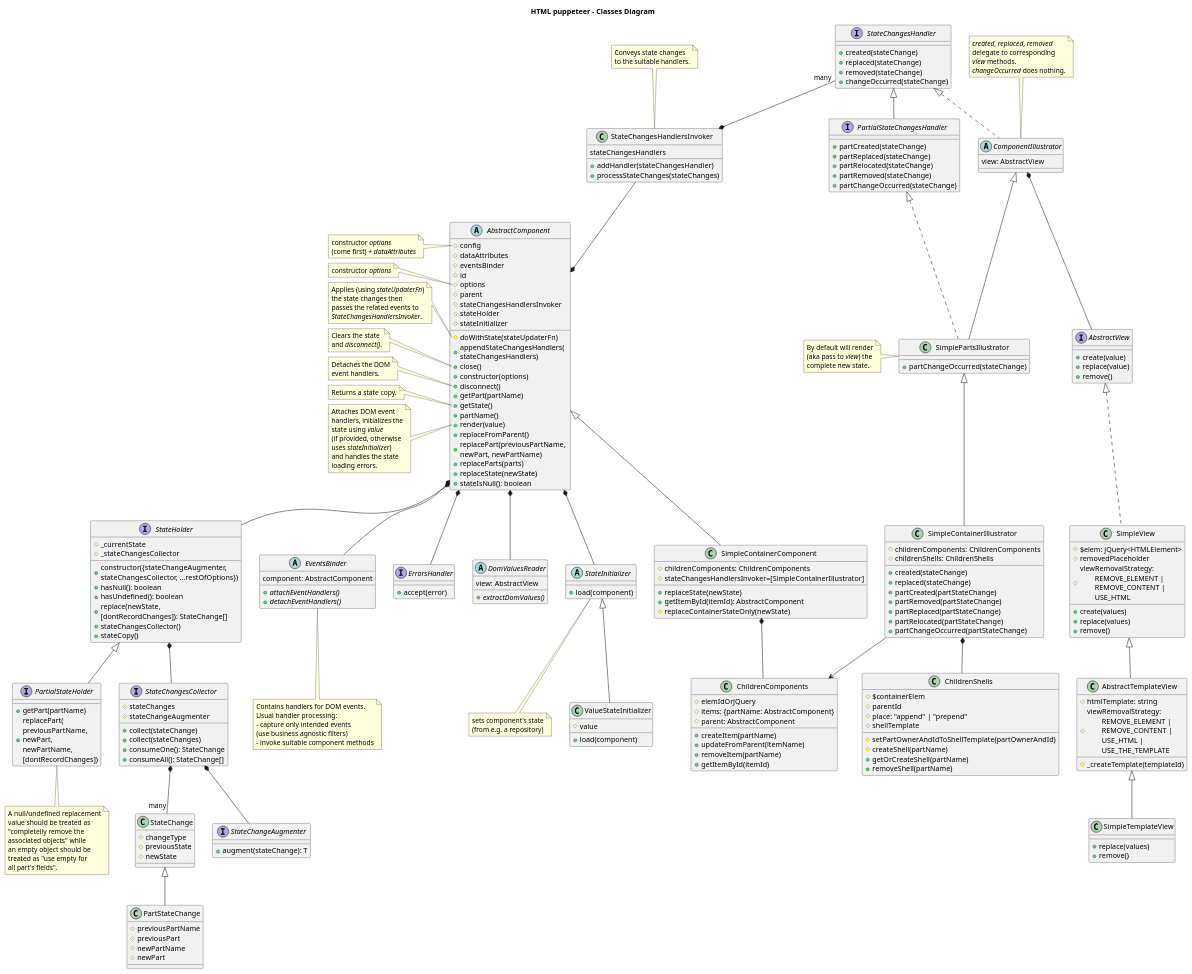
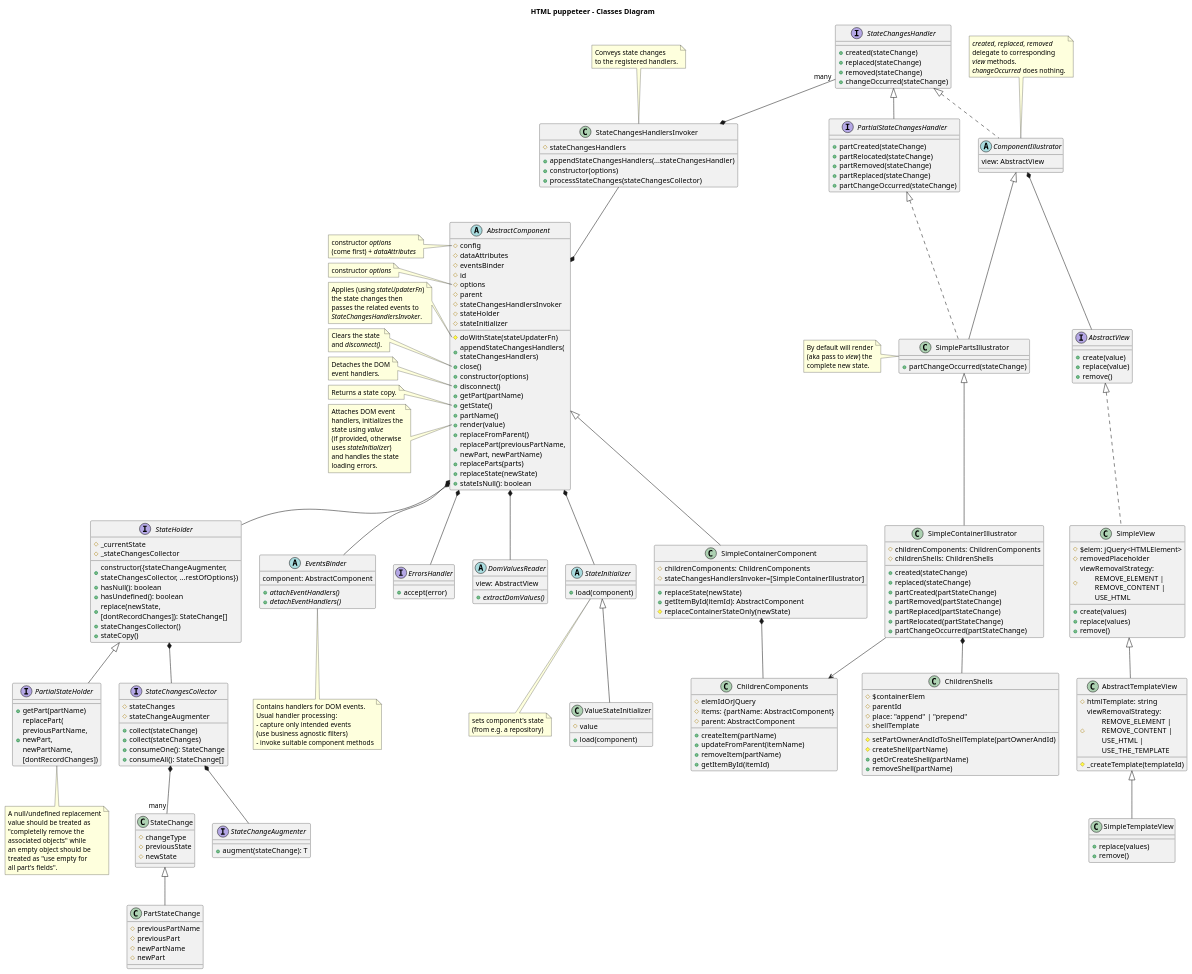
The diagram in design/classes-diagram.puml (adrhc/html-puppeteer), drawn with PlantUML before and after one commit. The commit also changed 1 other file, not shown here.

Commit message:
StateChangesHandlersInvoker.js: some fields renaming classes-diagram.puml updated

```diff
--- a/design/classes-diagram.puml
+++ b/design/classes-diagram.puml
@@ -309,9 +309,10 @@
 }
 
 class StateChangesHandlersInvoker {
-stateChangesHandlers
-+addHandler(stateChangesHandler)
-+processStateChanges(stateChanges)
+#stateChangesHandlers
++appendStateChangesHandlers(...stateChangesHandler)
++constructor(options)
++processStateChanges(stateChangesCollector)
 }
 
 /'note left of StateChangesHandlersInvoker::handlerMappingRules
@@ -331,7 +332,7 @@
 ' note left of StateChangesHandlersInvoker::processStateChanges
 note top of StateChangesHandlersInvoker
 Conveys state changes
-to the suitable handlers.
+to the registered handlers.
 end note
 
 interface StateChangesHandler {
@@ -343,9 +344,9 @@
 
 interface PartialStateChangesHandler extends StateChangesHandler {
 +partCreated(stateChange)
-+partReplaced(stateChange)
 +partRelocated(stateChange)
 +partRemoved(stateChange)
++partReplaced(stateChange)
 +partChangeOccurred(stateChange)
 }
 
```
